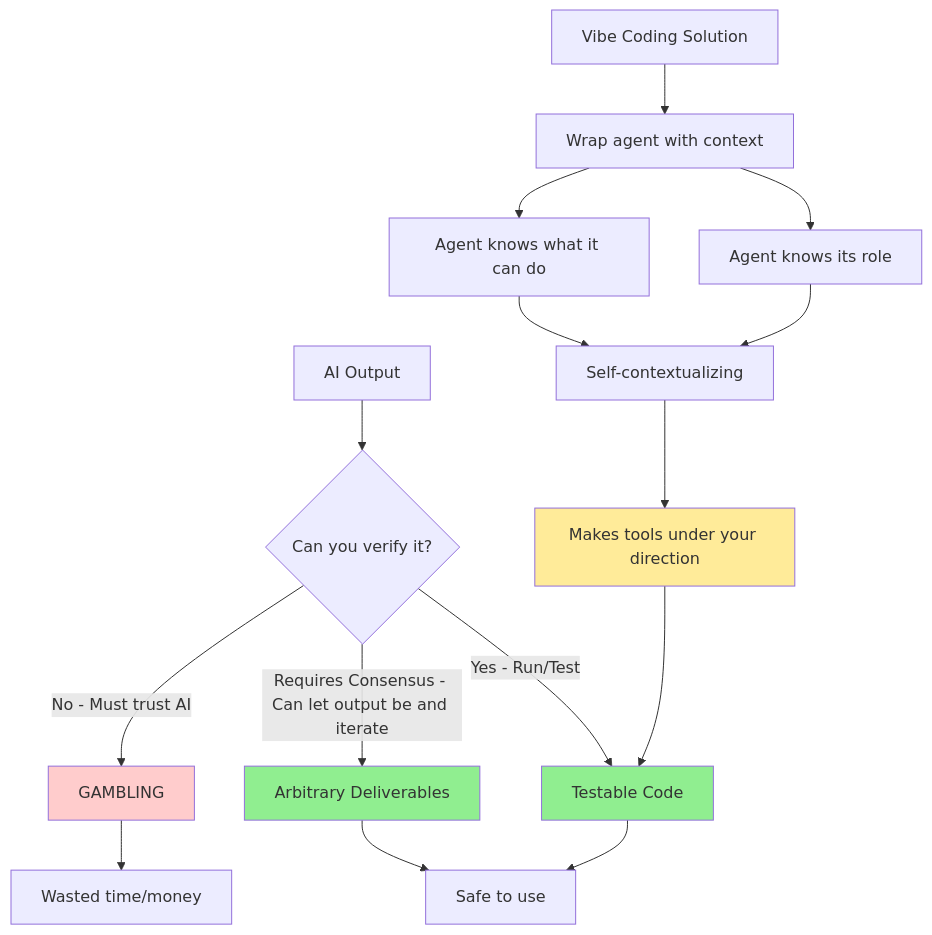
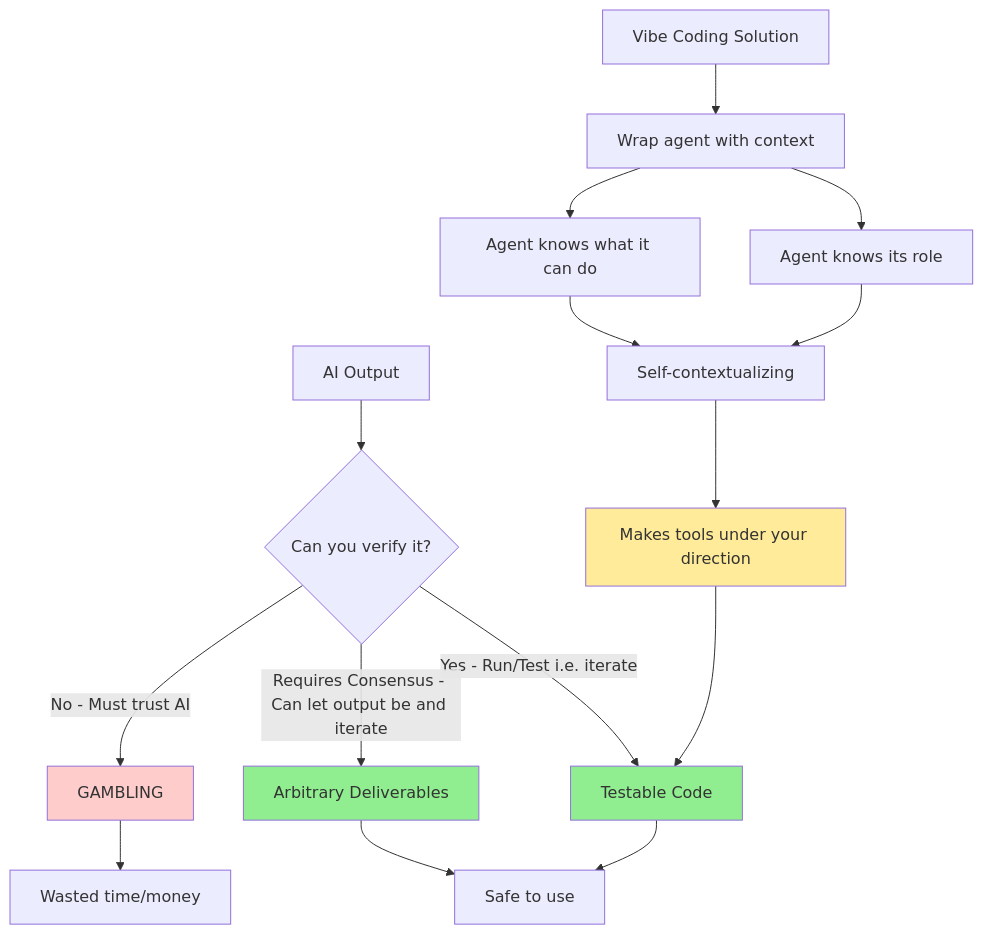
The diagram in docs/diagrams/0_BaseSituation.mermaid (sancovp/starship-mcp), drawn with Mermaid before and after one commit.

```diff
--- a/docs/diagrams/0_BaseSituation.mermaid
+++ b/docs/diagrams/0_BaseSituation.mermaid
@@ -1,22 +1,22 @@
 flowchart TD
     A[AI Output] --> B{Can you verify it?}
-    B -->|Yes - Run/Test| C[Testable Code]
+    B -->|Yes - Run/Test i.e. iterate| C[Testable Code]
     B -->|Requires Consensus - Can let output be and iterate| D[Arbitrary Deliverables]
     B -->|No - Must trust AI| E[GAMBLING]
     
     C --> F[Safe to use]
     D --> F
     E --> G[Wasted time/money]
     
     H[Vibe Coding Solution] --> I[Wrap agent with context]
     I --> J[Agent knows its role]
     I --> K[Agent knows what it can do]
     J --> L[Self-contextualizing]
     K --> L
     L --> M[Makes tools under your direction]
     M --> C
     
     style C fill:#90EE90
     style D fill:#90EE90
     style E fill:#ffcccc
     style M fill:#ffeb99
```
